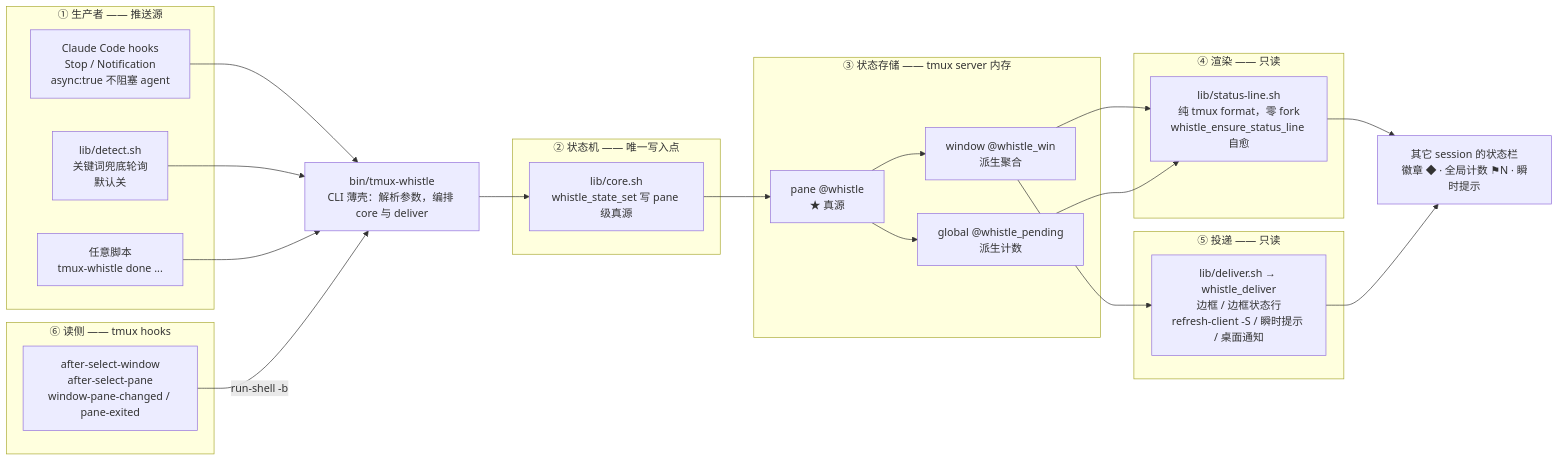
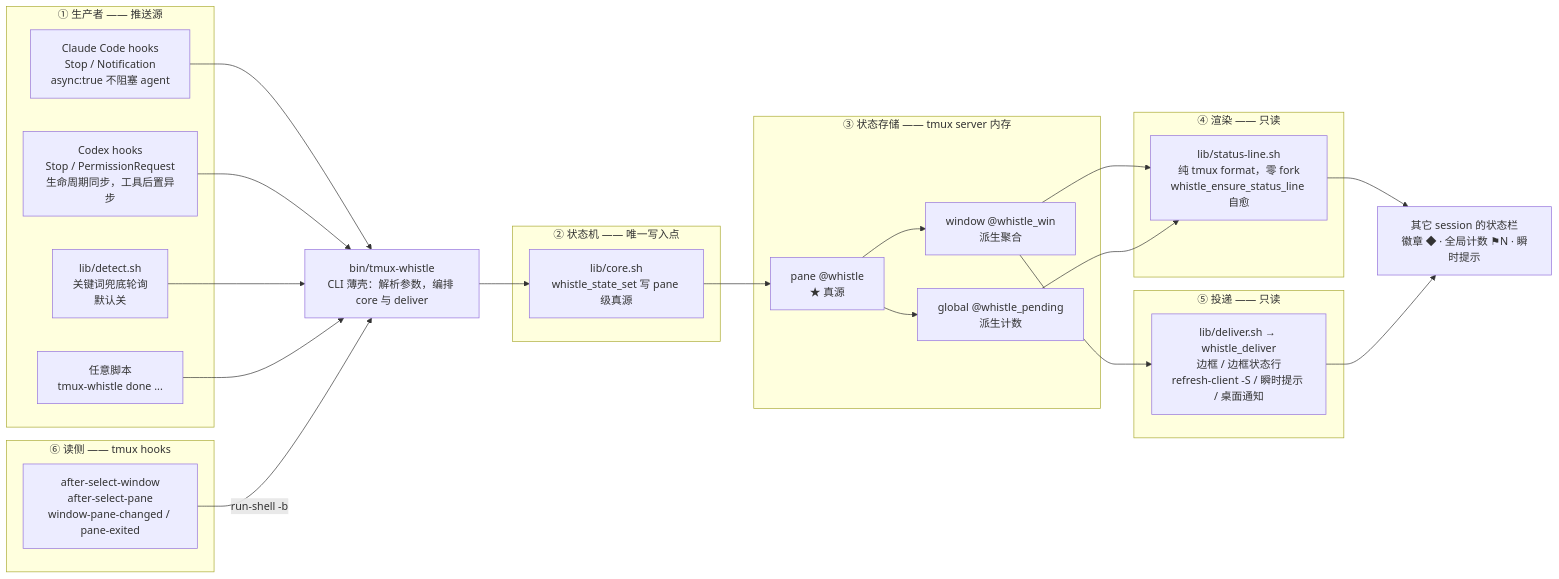
The second of 2 diagrams in docs/development.md (rich1e/tmux-whistle), drawn with Mermaid before and after one commit. The commit also changed other lines of this file and 16 other files, not shown here.

First line of the commit message:
feat(codex): 接入 Codex hooks（同步生命周期 + 追加式安装）

````diff
--- a/docs/development.md
+++ b/docs/development.md
@@ -179,48 +191,50 @@
 ```mermaid
 flowchart LR
   subgraph P["① 生产者 —— 推送源"]
     CC["Claude Code hooks<br/>Stop / Notification<br/>async:true 不阻塞 agent"]
+    CX["Codex hooks<br/>Stop / PermissionRequest<br/>生命周期同步，工具后置异步"]
     DET["lib/detect.sh<br/>关键词兜底轮询<br/>默认关"]
     ANY["任意脚本<br/>tmux-whistle done ..."]
   end
 
   CLI["bin/tmux-whistle<br/>CLI 薄壳：解析参数，编排 core 与 deliver"]
 
   subgraph W["② 状态机 —— 唯一写入点"]
     CORE["lib/core.sh<br/>whistle_state_set 写 pane 级真源"]
   end
 
   subgraph S["③ 状态存储 —— tmux server 内存"]
     PSRC["pane @whistle<br/>★ 真源"]
     WDER["window @whistle_win<br/>派生聚合"]
     GDER["global @whistle_pending<br/>派生计数"]
   end
 
   subgraph R["④ 渲染 —— 只读"]
     SL["lib/status-line.sh<br/>纯 tmux format，零 fork<br/>whistle_ensure_status_line 自愈"]
   end
 
   subgraph D["⑤ 投递 —— 只读"]
     DL["lib/deliver.sh → whistle_deliver<br/>边框 / 边框状态行<br/>refresh-client -S / 瞬时提示 / 桌面通知"]
   end
 
   subgraph K["⑥ 读侧 —— tmux hooks"]
     HK["after-select-window<br/>after-select-pane<br/>window-pane-changed / pane-exited"]
   end
 
   USER["其它 session 的状态栏<br/>徽章 ◆ · 全局计数 ⚑N · 瞬时提示"]
 
   CC --> CLI
+  CX --> CLI
   DET --> CLI
   ANY --> CLI
   CLI --> CORE
   CORE --> PSRC
   PSRC --> WDER
   PSRC --> GDER
   WDER --> SL
   GDER --> SL
   WDER --> DL
   SL --> USER
   DL --> USER
   HK -->|"run-shell -b"| CLI
 ```
````
